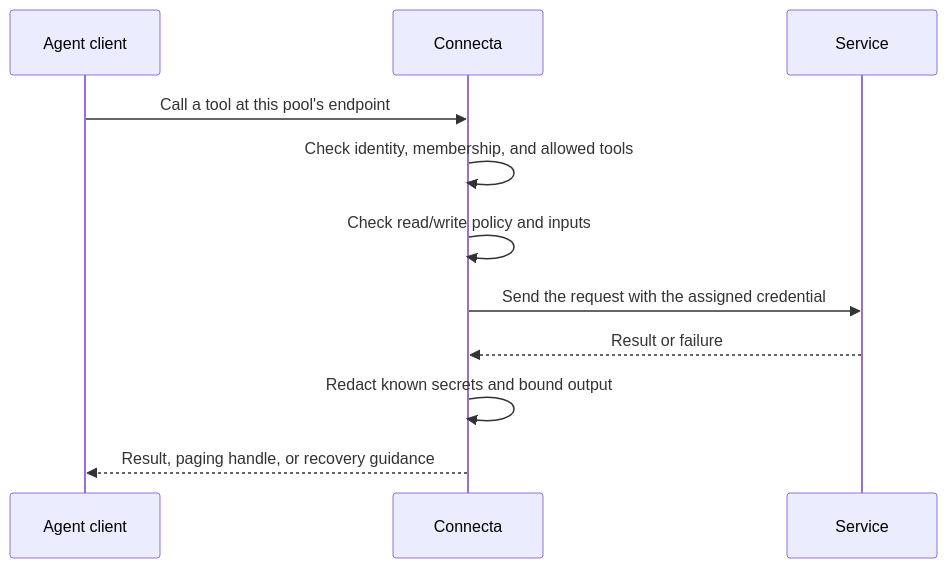
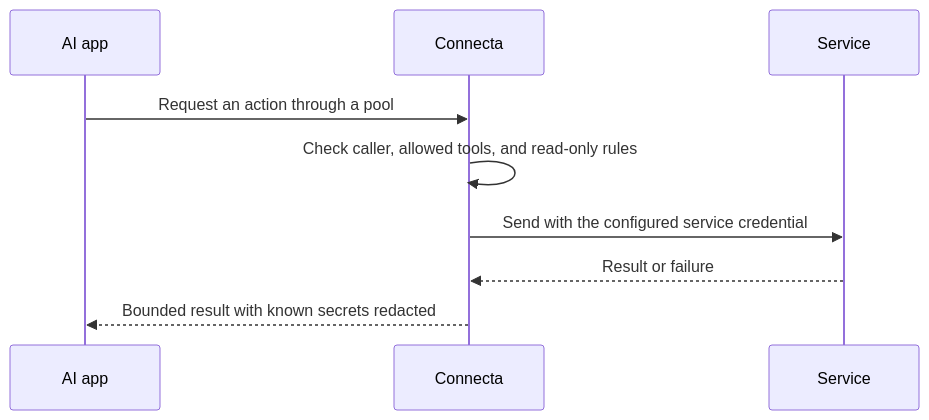
The fourth of 4 diagrams in guides/how-it-works.md (zackbart/connecta), drawn with Mermaid before and after one commit. The commit also changed other lines of this file and 9 other files, not shown here.

````diff
--- a/guides/how-it-works.md
+++ b/guides/how-it-works.md
@@ -140,13 +126,11 @@
 ```mermaid
 sequenceDiagram
-    participant A as Agent client
+    participant A as AI app
     participant C as Connecta
     participant S as Service
-    A->>C: Call a tool at this pool's endpoint
-    C->>C: Check identity, membership, and allowed tools
-    C->>C: Check read/write policy and inputs
-    C->>S: Send the request with the assigned credential
+    A->>C: Request an action through a pool
+    C->>C: Check caller, allowed tools, and read-only rules
+    C->>S: Send with the configured service credential
     S-->>C: Result or failure
-    C->>C: Redact known secrets and bound output
-    C-->>A: Result, paging handle, or recovery guidance
+    C-->>A: Bounded result with known secrets redacted
 ```
````
